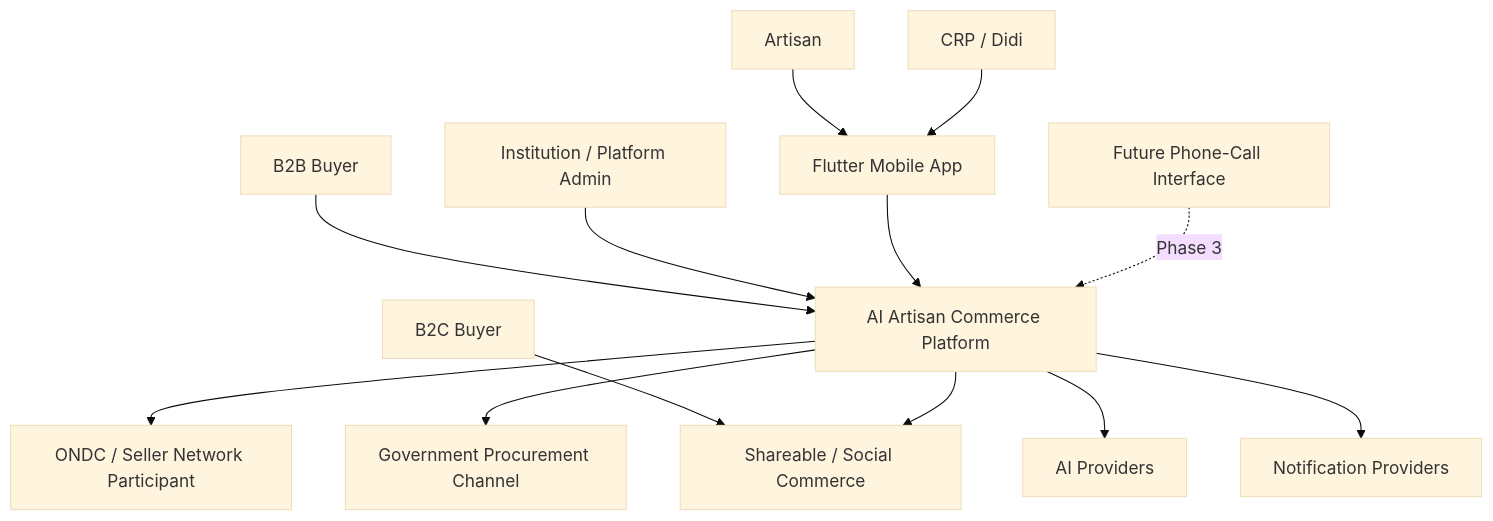
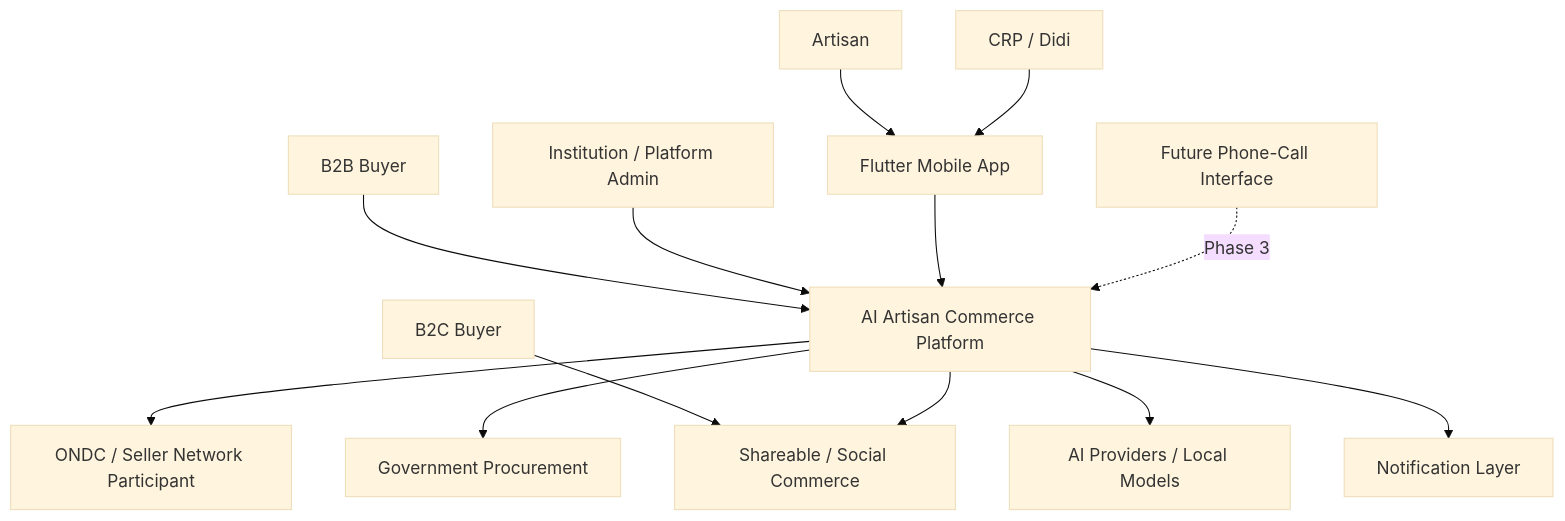
Before and after one commit to LaKsHaY5280/SIH-strat: the first of 16 diagrams in ARCHITECTURE_26090.md, drawn with Mermaid (base theme). The commit also changed other lines of this file, not shown here.

Commit message:
architecture v2

````diff
--- a/ARCHITECTURE_26090.md
+++ b/ARCHITECTURE_26090.md
@@ -140,35 +294,33 @@
 ```mermaid
 flowchart TB
     Artisan["Artisan"]
     Didi["CRP / Didi"]
     Buyer["B2C Buyer"]
     B2B["B2B Buyer"]
     Admin["Institution / Platform Admin"]
 
     Mobile["Flutter Mobile App"]
     FuturePhone["Future Phone-Call Interface"]
-
     Platform["AI Artisan Commerce Platform"]
 
     ONDC["ONDC / Seller Network Participant"]
-    Gov["Government Procurement Channel"]
+    Gov["Government Procurement"]
     Social["Shareable / Social Commerce"]
-
-    AI["AI Providers"]
-    Notify["Notification Providers"]
+    AI["AI Providers / Local Models"]
+    Notify["Notification Layer"]
 
     Artisan --> Mobile
     Didi --> Mobile
     Buyer --> Social
     B2B --> Platform
     Admin --> Platform
 
     Mobile --> Platform
     FuturePhone -. "Phase 3" .-> Platform
 
     Platform --> ONDC
     Platform --> Gov
     Platform --> Social
     Platform --> AI
     Platform --> Notify
 ```
````
